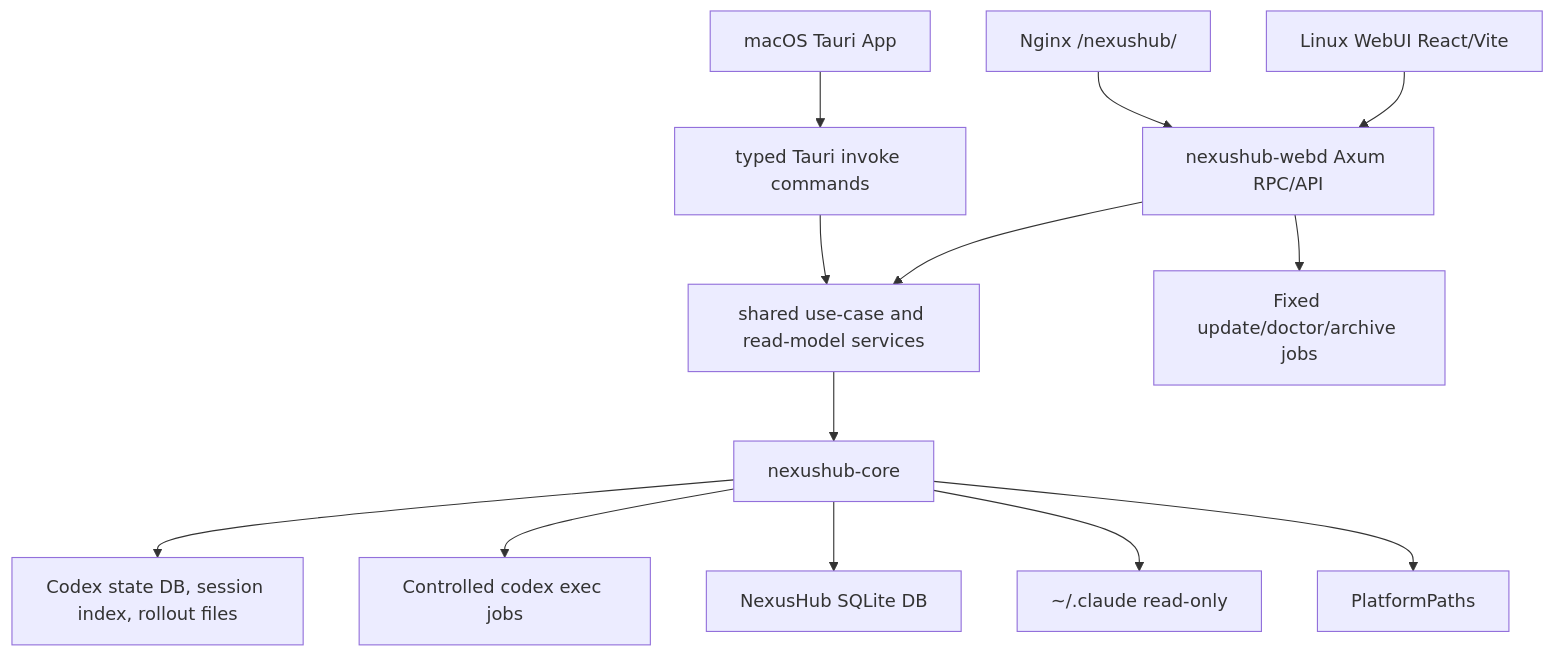
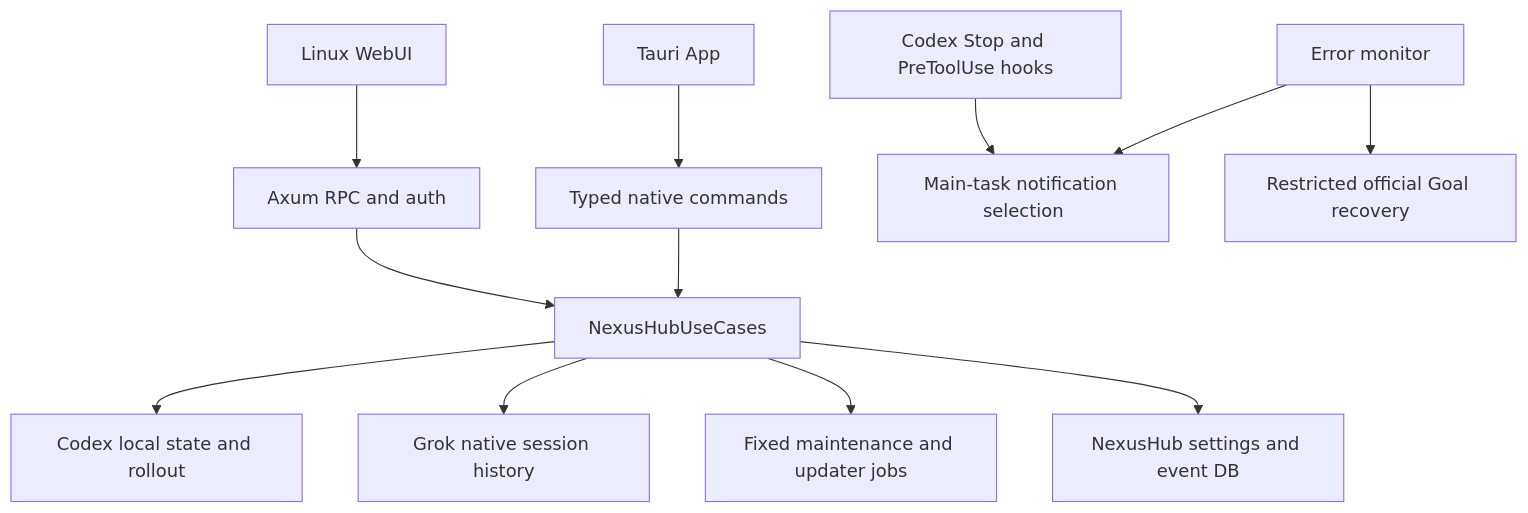
The diagram in docs/analysis/project-overview.md (lich13/nexushub), drawn with Mermaid before and after one commit. The commit also changed other lines of this file and 68 other files, not shown here.

````diff
--- a/docs/analysis/project-overview.md
+++ b/docs/analysis/project-overview.md
@@ -9,15 +7,14 @@
 ```mermaid
 flowchart TD
-    LinuxBrowser[Linux WebUI React/Vite] --> API[nexushub-webd Axum RPC/API]
-    MacTauri[macOS Tauri App] --> TauriCommands[typed Tauri invoke commands]
-    API --> UseCases[shared use-case and read-model services]
-    TauriCommands --> UseCases
-    UseCases --> Core[nexushub-core]
-    Core --> CodexState[Codex state DB, session index, rollout files]
-    Core --> Jobs[Controlled codex exec jobs]
-    Core --> PanelDb[NexusHub SQLite DB]
-    Core --> ClaudeHome[~/.claude read-only]
-    Core --> Platform[PlatformPaths]
-    API --> FixedJobs[Fixed update/doctor/archive jobs]
-    Nginx[Nginx /nexushub/] --> API
+    Browser[Linux WebUI] --> API[Axum RPC and auth]
+    Desktop[Tauri App] --> Invoke[Typed native commands]
+    API --> Facade[NexusHubUseCases]
+    Invoke --> Facade
+    Facade --> Codex[Codex local state and rollout]
+    Facade --> Grok[Grok native session history]
+    Facade --> Maintenance[Fixed maintenance and updater jobs]
+    Facade --> DB[NexusHub settings and event DB]
+    Hooks[Codex Stop and PreToolUse hooks] --> Probe[Main-task notification selection]
+    Monitor[Error monitor] --> Probe
+    Monitor --> Goal[Restricted official Goal recovery]
 ```
````
